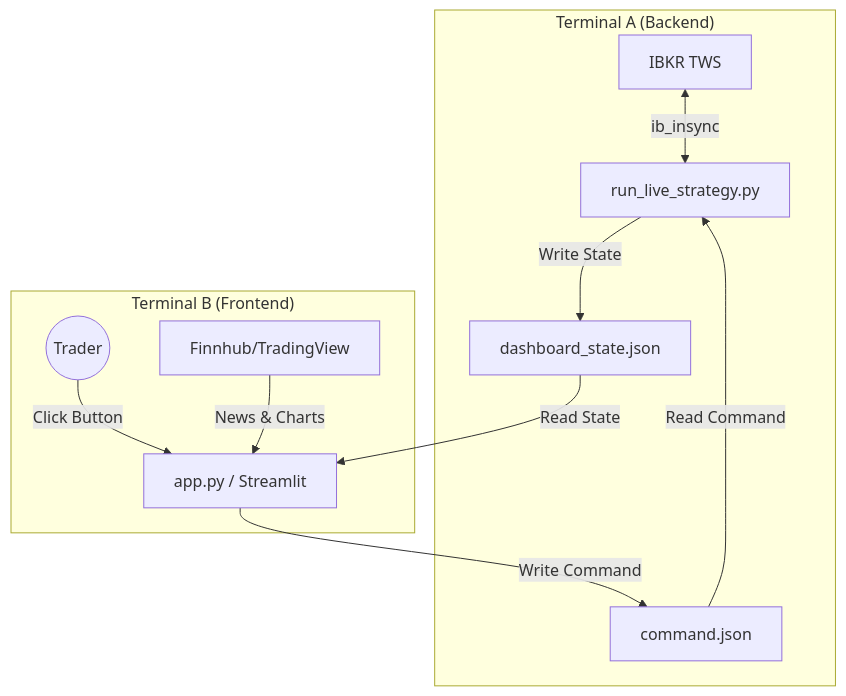
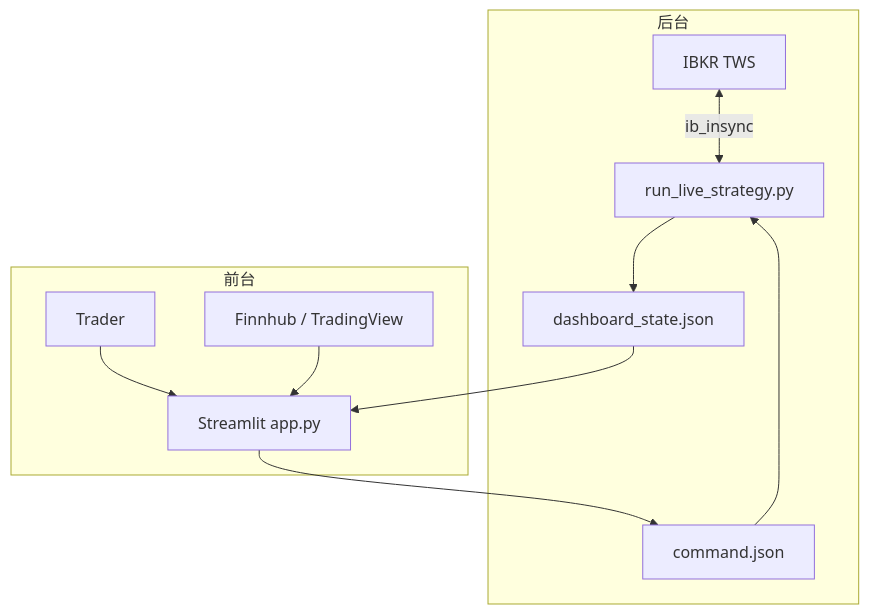
Before and after one commit to ericwang0321/Multi-Factor-Backtester: the fourth of 4 diagrams in README.md, drawn with Mermaid. The commit also changed other lines of this file and 1 other file, not shown here.

````diff
--- a/README.md
+++ b/README.md
@@ -287,16 +438,15 @@
 ```mermaid
 graph TD
-    subgraph "Terminal A (Backend)"
+    subgraph 后台
         TWS[IBKR TWS] <-->|ib_insync| Worker[run_live_strategy.py]
-        Worker -->|Write State| JSON[dashboard_state.json]
-        CMD[command.json] -->|Read Command| Worker
+        Worker --> State[dashboard_state.json]
+        Command[command.json] --> Worker
     end
 
-    subgraph "Terminal B (Frontend)"
-        JSON -->|Read State| App[app.py / Streamlit]
-        User((Trader)) -->|Click Button| App
-        App -->|Write Command| CMD
-        External[Finnhub/TradingView] -->|News & Charts| App
+    subgraph 前台
+        State --> UI[Streamlit app.py]
+        Trader --> UI
+        UI --> Command
+        External[Finnhub / TradingView] --> UI
     end
-
 ```
````
